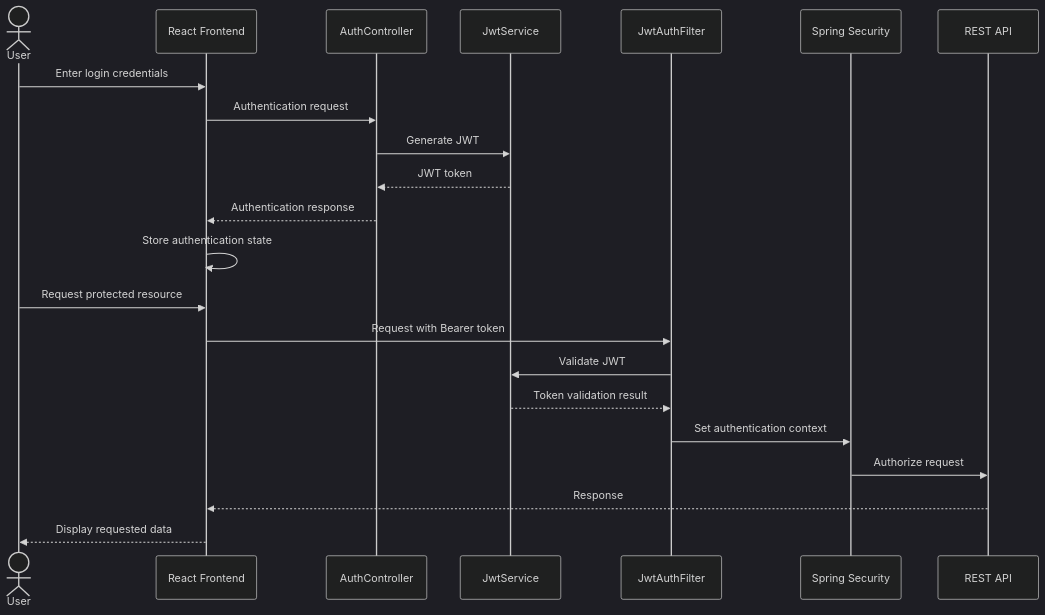
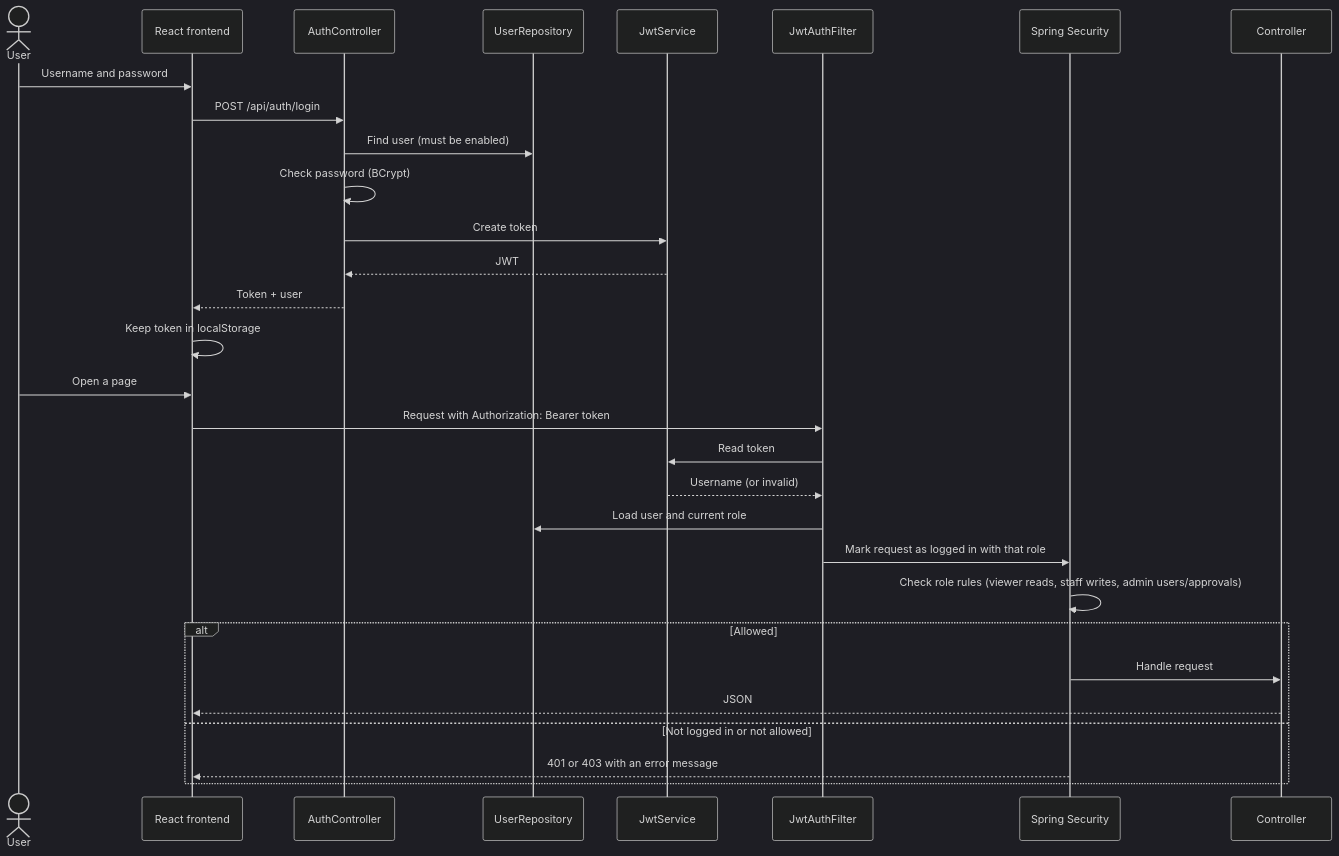
Before and after one commit to Git-punit/campus-erp: the sixth of 19 diagrams in README.md, drawn with Mermaid (dark theme). The commit also changed other lines of this file, not shown here.

````diff
--- a/README.md
+++ b/README.md
@@ -491,26 +570,34 @@
 ```mermaid
 sequenceDiagram
     actor User
-    participant FE as React Frontend
+    participant FE as React frontend
     participant AC as AuthController
+    participant DB as UserRepository
     participant JS as JwtService
     participant SF as JwtAuthFilter
     participant SC as Spring Security
-    participant API as REST API
+    participant API as Controller
 
-    User->>FE: Enter login credentials
-    FE->>AC: Authentication request
-    AC->>JS: Generate JWT
-    JS-->>AC: JWT token
-    AC-->>FE: Authentication response
-    FE->>FE: Store authentication state
+    User->>FE: Username and password
+    FE->>AC: POST /api/auth/login
+    AC->>DB: Find user (must be enabled)
+    AC->>AC: Check password (BCrypt)
+    AC->>JS: Create token
+    JS-->>AC: JWT
+    AC-->>FE: Token + user
+    FE->>FE: Keep token in localStorage
 
-    User->>FE: Request protected resource
-    FE->>SF: Request with Bearer token
-    SF->>JS: Validate JWT
-    JS-->>SF: Token validation result
-    SF->>SC: Set authentication context
-    SC->>API: Authorize request
-    API-->>FE: Response
-    FE-->>User: Display requested data
+    User->>FE: Open a page
+    FE->>SF: Request with Authorization: Bearer token
+    SF->>JS: Read token
+    JS-->>SF: Username (or invalid)
+    SF->>DB: Load user and current role
+    SF->>SC: Mark request as logged in with that role
+    SC->>SC: Check role rules (viewer reads, staff writes, admin users/approvals)
+    alt Allowed
+        SC->>API: Handle request
+        API-->>FE: JSON
+    else Not logged in or not allowed
+        SC-->>FE: 401 or 403 with an error message
+    end
 ```
````
